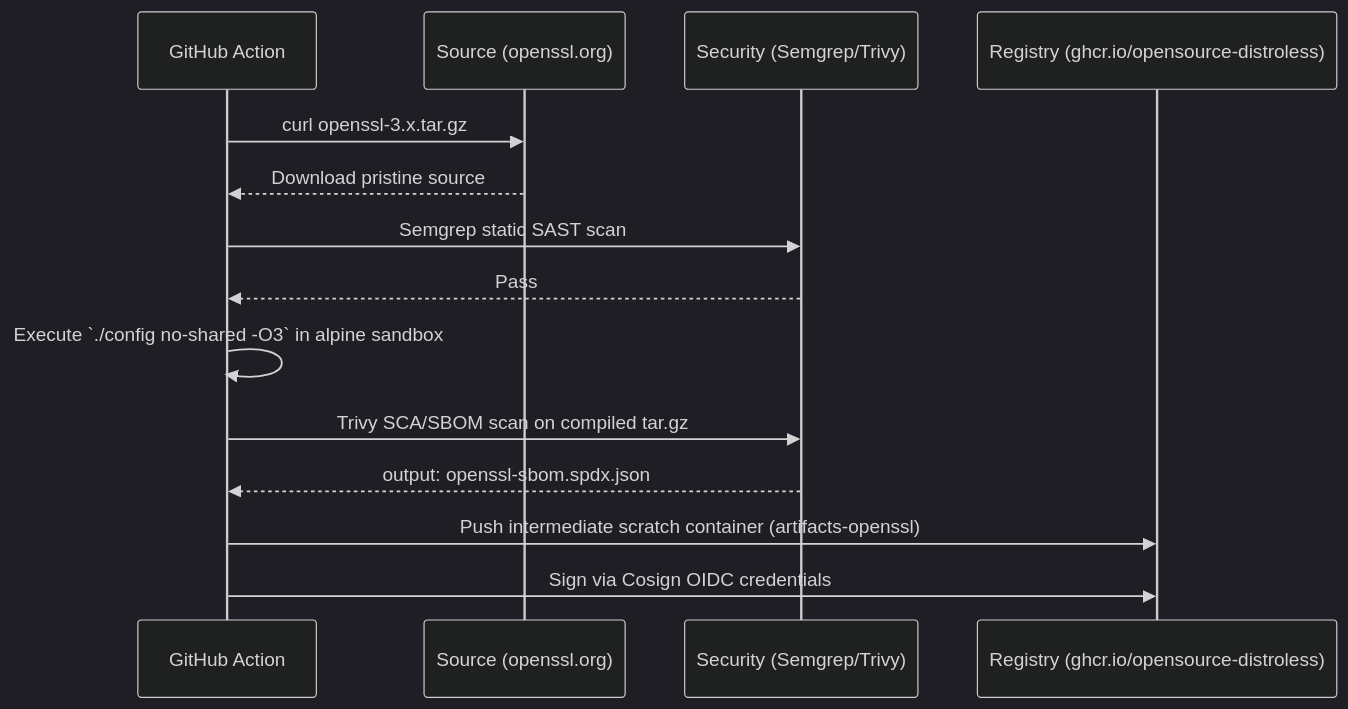
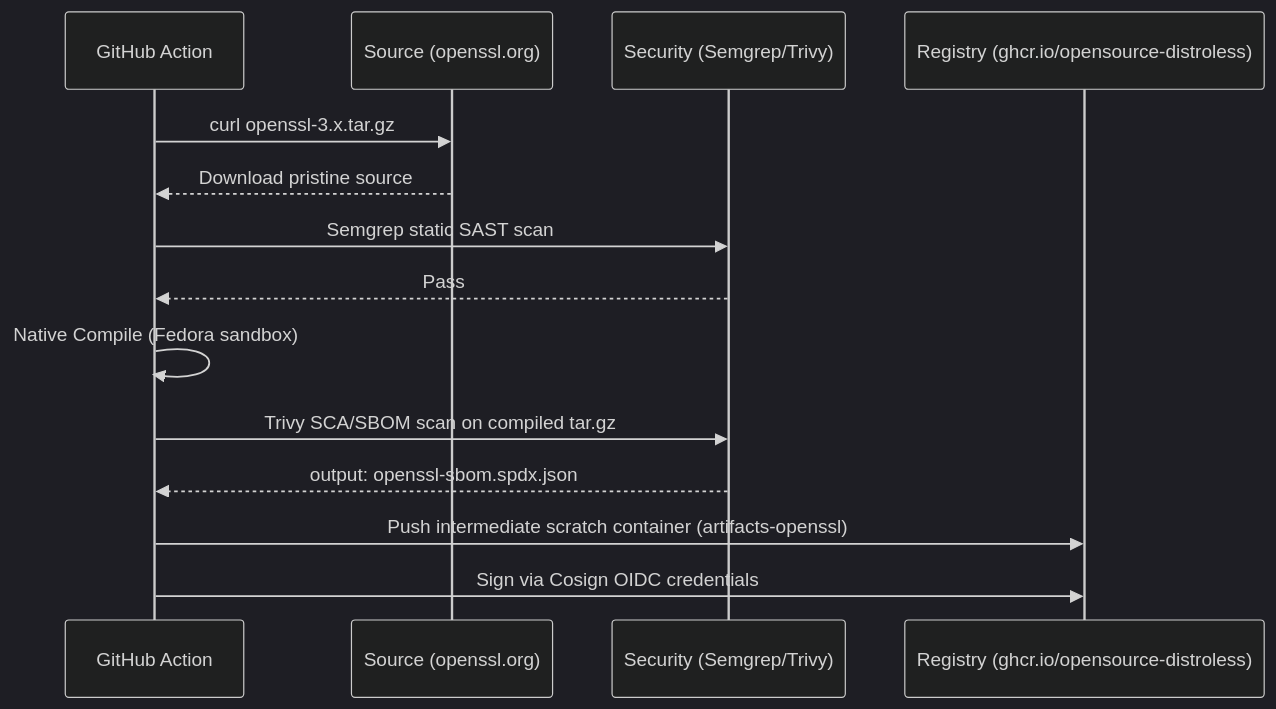
One commit to mbuccarello/distroless-the-hard-way changed the diagram in docs/mermaid/build-openssl.mmd. Above: the diagram before and after it, drawn with Mermaid (dark theme). The commit also changed 22 other files, not shown here.

```diff
--- a/docs/mermaid/build-openssl.mmd
+++ b/docs/mermaid/build-openssl.mmd
@@ -1,18 +1,18 @@
 sequenceDiagram
     participant GH as GitHub Action
     participant S as Source (openssl.org)
     participant Sec as Security (Semgrep/Trivy)
     participant R as Registry (ghcr.io/opensource-distroless)
     
     GH->>S: curl openssl-3.x.tar.gz
     S-->>GH: Download pristine source
     GH->>Sec: Semgrep static SAST scan
     Sec-->>GH: Pass
     
-    GH->>GH: Execute `./config no-shared -O3` in alpine sandbox
+    GH->>GH: Native Compile (Fedora sandbox)
     
     GH->>Sec: Trivy SCA/SBOM scan on compiled tar.gz
     Sec-->>GH: output: openssl-sbom.spdx.json
     
     GH->>R: Push intermediate scratch container (artifacts-openssl)
     GH->>R: Sign via Cosign OIDC credentials
```
